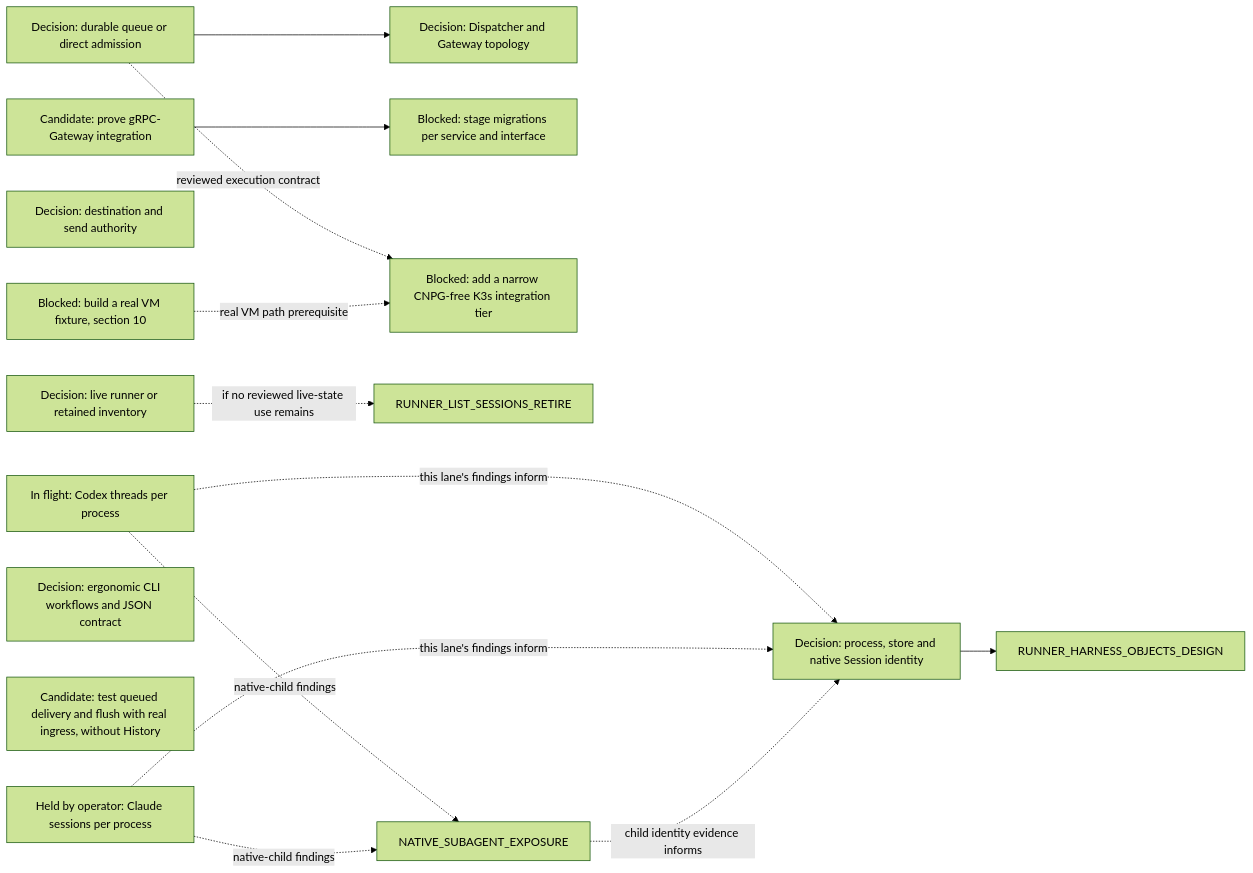
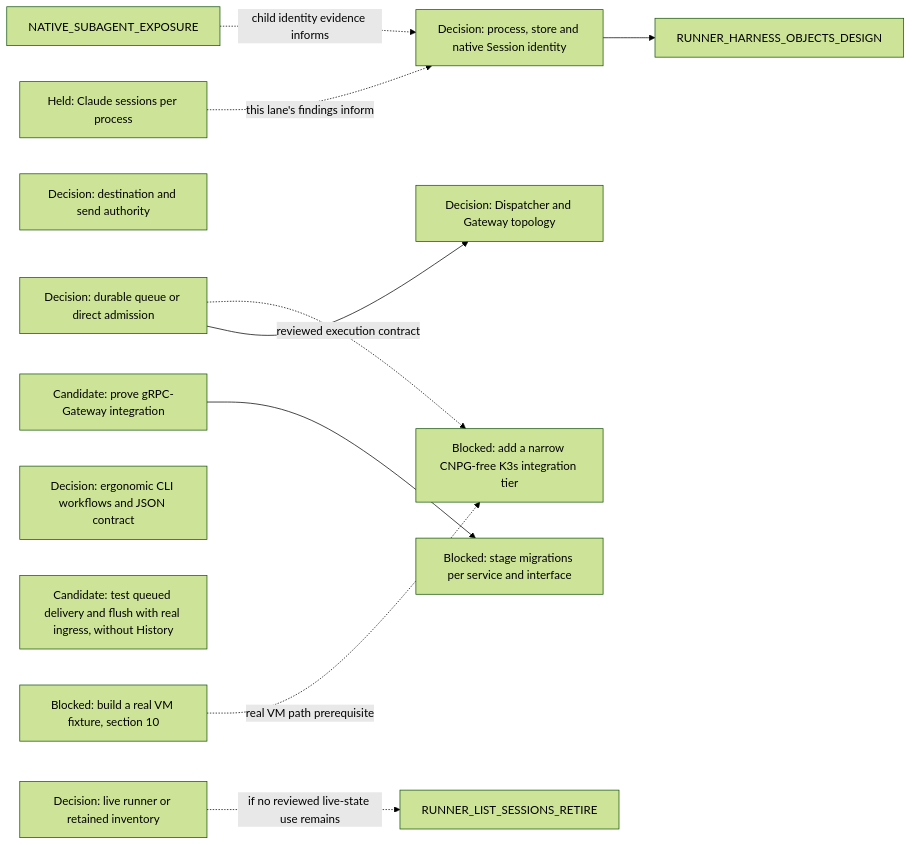
Before and after one commit to agentydragon-agent/ducktape: diagram 17 of 17 in agentplane/plans/task_dag.md, drawn with Mermaid (forest theme). The commit also changed other lines of this file and 17 other files, not shown here.

````diff
--- a/agentplane/plans/task_dag.md
+++ b/agentplane/plans/task_dag.md
@@ -1488,27 +1488,23 @@
 ```mermaid
 flowchart LR
     DISPATCHER_PERSISTENCE_MODEL_DESIGN[Decision: durable queue or direct admission]
     DISPATCHER_GATEWAY_TOPOLOGY_DESIGN[Decision: Dispatcher and Gateway topology]
     RUNNER_INVENTORY_AUTHORITY_DESIGN[Decision: live runner or retained inventory]
     DELIVERY_DESTINATION_AUTHORITY_DESIGN[Decision: destination and send authority]
-    CODEX_APP_SERVER_MULTIPLEXING[In flight: Codex threads per process]
-    CLAUDE_STREAM_SESSION_MULTIPLEXING[Held by operator: Claude sessions per process]
+    CLAUDE_STREAM_SESSION_MULTIPLEXING[Held: Claude sessions per process]
     HARNESS_IDENTITY_DESIGN[Decision: process, store and native Session identity]
     HTTP_JSON_FACADE_TOOLING_SPIKE[Candidate: prove gRPC-Gateway integration]
     SERVICE_API_TRANSPORT_MIGRATIONS[Blocked: stage migrations per service and interface]
     AGENT_API_TOOLING_DESIGN[Decision: ergonomic CLI workflows and JSON contract]
     RUNNER_DELIVERY_INGRESS_ACCEPTANCE[Candidate: test queued delivery and flush with real ingress, without History]
     CNPG_FREE_K3S_INTEGRATION_TIER[Blocked: add a narrow CNPG-free K3s integration tier]
     K3S_VM_IMAGE[Blocked: build a real VM fixture, section 10]
     DISPATCHER_PERSISTENCE_MODEL_DESIGN --> DISPATCHER_GATEWAY_TOPOLOGY_DESIGN
     RUNNER_INVENTORY_AUTHORITY_DESIGN -. if no reviewed live-state use remains .-> RUNNER_LIST_SESSIONS_RETIRE
-    CODEX_APP_SERVER_MULTIPLEXING -. this lane's findings inform .-> HARNESS_IDENTITY_DESIGN
     CLAUDE_STREAM_SESSION_MULTIPLEXING -. this lane's findings inform .-> HARNESS_IDENTITY_DESIGN
-    CODEX_APP_SERVER_MULTIPLEXING -. native-child findings .-> NATIVE_SUBAGENT_EXPOSURE
-    CLAUDE_STREAM_SESSION_MULTIPLEXING -. native-child findings .-> NATIVE_SUBAGENT_EXPOSURE
     NATIVE_SUBAGENT_EXPOSURE -. child identity evidence informs .-> HARNESS_IDENTITY_DESIGN
     HARNESS_IDENTITY_DESIGN --> RUNNER_HARNESS_OBJECTS_DESIGN
     HTTP_JSON_FACADE_TOOLING_SPIKE --> SERVICE_API_TRANSPORT_MIGRATIONS
     DISPATCHER_PERSISTENCE_MODEL_DESIGN -. reviewed execution contract .-> CNPG_FREE_K3S_INTEGRATION_TIER
     K3S_VM_IMAGE -. real VM path prerequisite .-> CNPG_FREE_K3S_INTEGRATION_TIER
 ```
````
